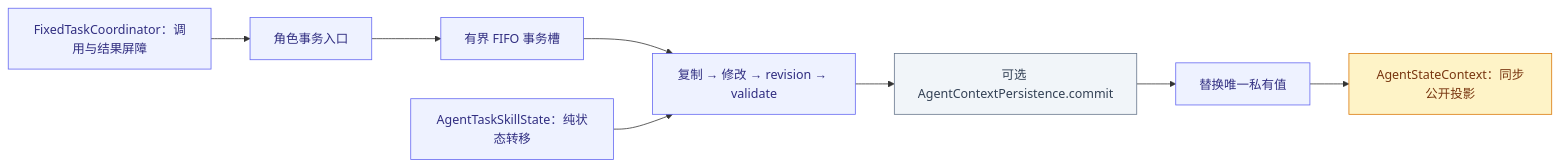
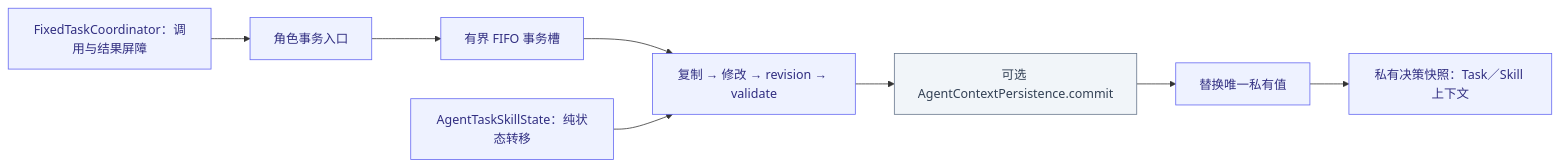
Before and after one commit to devilyouwei/MobileHarness: the second of 3 diagrams in MobileHarness/Agents/Support/Context/README.md, drawn with Mermaid. The commit also changed other lines of this file and 105 other files, not shown here.

````diff
--- a/MobileHarness/Agents/Support/Context/README.md
+++ b/MobileHarness/Agents/Support/Context/README.md
@@ -42,22 +42,22 @@
 ```mermaid
 flowchart LR
  R["角色事务入口"]:::agent
  Q["有界 FIFO 事务槽"]:::agent
  C["复制 → 修改 → revision → validate"]:::agent
  H["可选 AgentContextPersistence.commit"]:::host
  V["替换唯一私有值"]:::agent
- P["AgentStateContext：同步公开投影"]:::storage
+ P["私有决策快照：Task／Skill 上下文"]:::agent
  K["AgentTaskSkillState：纯状态转移"]:::agent
  F["FixedTaskCoordinator：调用与结果屏障"]:::agent
  R --> Q --> C --> H --> V --> P
  K --> C
  F --> R
  classDef ui fill:#e0f2fe,stroke:#0284c7,color:#0c4a6e
  classDef platform fill:#dcfce7,stroke:#16a34a,color:#14532d
  classDef model fill:#f3e8ff,stroke:#9333ea,color:#581c87
  classDef storage fill:#fef3c7,stroke:#d97706,color:#78350f
  classDef agent fill:#eef2ff,stroke:#6366f1,color:#312e81
  classDef gateway fill:#ffedd5,stroke:#ea580c,color:#7c2d12
  classDef action fill:#ffe4e6,stroke:#e11d48,color:#881337
  classDef host fill:#f1f5f9,stroke:#64748b,color:#334155
 ```
````
